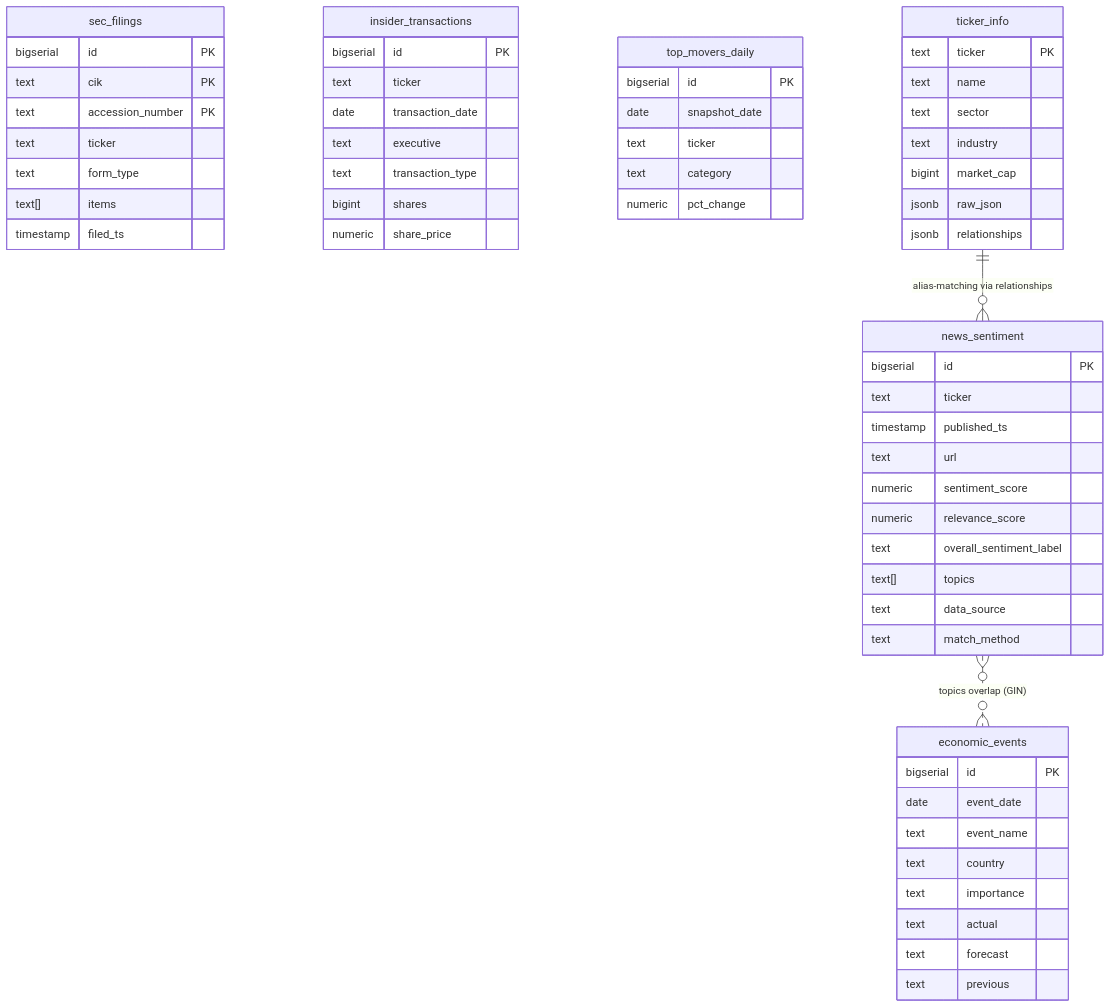
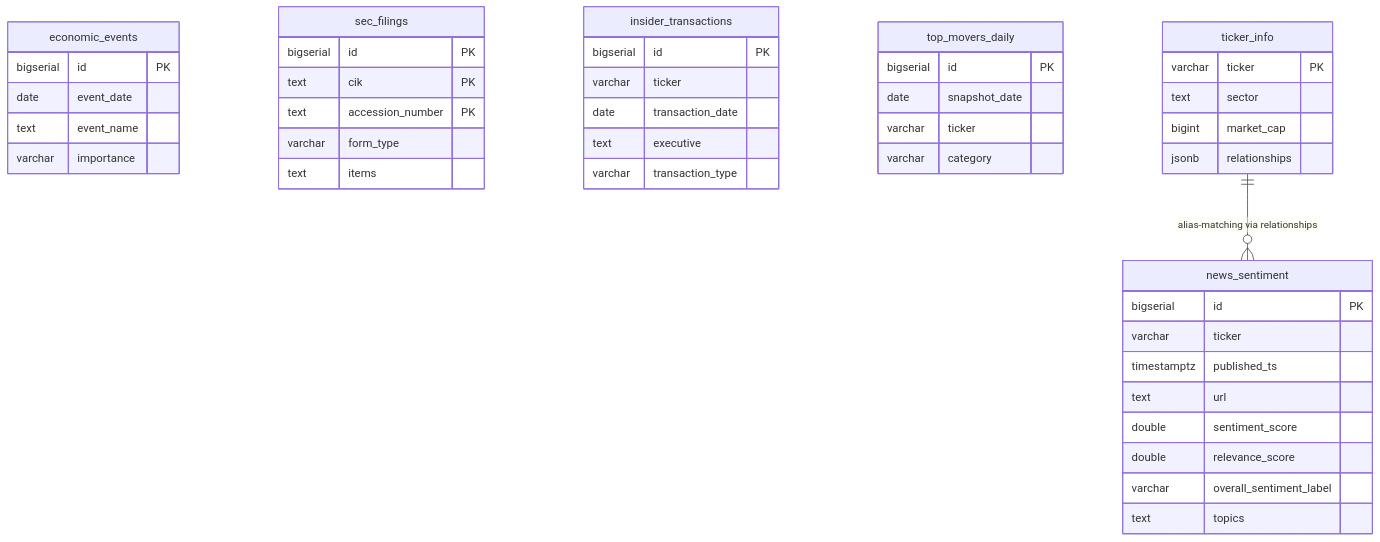
One commit to TeneikaAskew/stocks changed the ninth of 10 diagrams in ERD.md. Above: the diagram before and after it, drawn with Mermaid. The commit also changed other lines of this file and 7 other files, not shown here.

First line of the commit message:
docs: refresh architecture & system docs to 2026-06-23 state

````diff
--- a/ERD.md
+++ b/ERD.md
@@ -569,61 +610,46 @@
 ```mermaid
 erDiagram
     news_sentiment {
         bigserial id PK
-        text ticker
-        timestamp published_ts
+        varchar ticker
+        timestamptz published_ts
         text url
-        numeric sentiment_score
-        numeric relevance_score
-        text overall_sentiment_label
-        text[] topics
-        text data_source
-        text match_method
+        double sentiment_score
+        double relevance_score
+        varchar overall_sentiment_label
+        text topics
     }
     economic_events {
         bigserial id PK
         date event_date
         text event_name
-        text country
-        text importance
-        text actual
-        text forecast
-        text previous
+        varchar importance
     }
     sec_filings {
         bigserial id PK
         text cik PK
         text accession_number PK
-        text ticker
-        text form_type
-        text[] items
-        timestamp filed_ts
+        varchar form_type
+        text items
     }
     insider_transactions {
         bigserial id PK
-        text ticker
+        varchar ticker
         date transaction_date
         text executive
-        text transaction_type
-        bigint shares
-        numeric share_price
+        varchar transaction_type
     }
     top_movers_daily {
         bigserial id PK
         date snapshot_date
-        text ticker
-        text category
-        numeric pct_change
+        varchar ticker
+        varchar category
     }
     ticker_info {
-        text ticker PK
-        text name
+        varchar ticker PK
         text sector
-        text industry
         bigint market_cap
-        jsonb raw_json
         jsonb relationships
     }
     ticker_info ||--o{ news_sentiment : "alias-matching via relationships"
-    news_sentiment }o..o{ economic_events : "topics overlap (GIN)"
 ```
````
